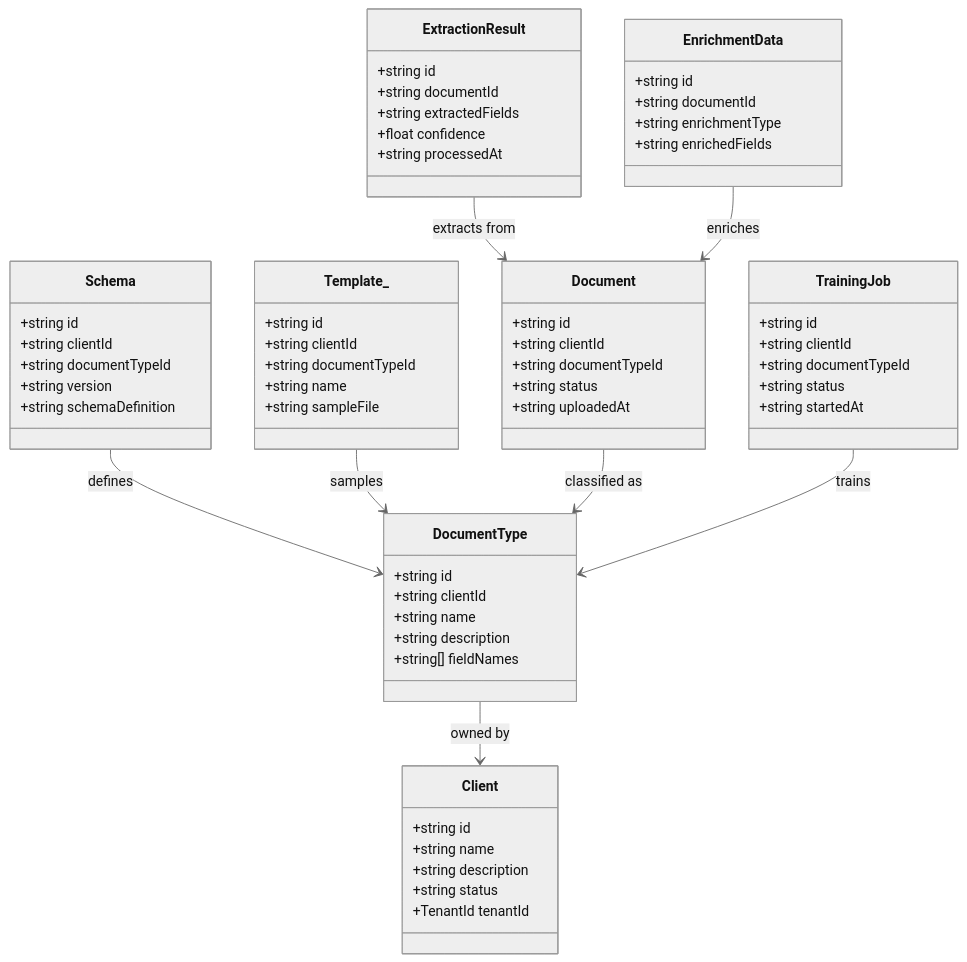
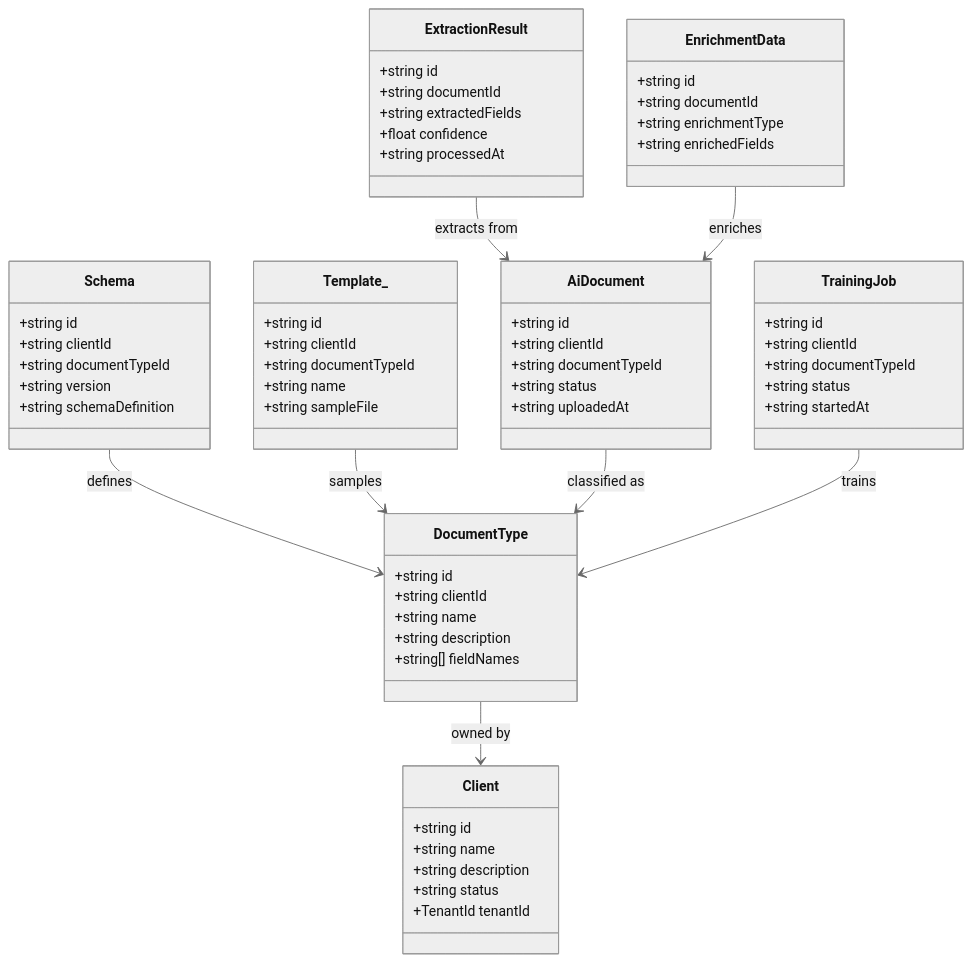
Before and after one commit to UIMSolutions/uim-platform: the first of 3 diagrams in document-ai/docs/uml.md, drawn with Mermaid (neutral theme). The commit also changed other lines of this file and 57 other files, not shown here.

````diff
--- a/document-ai/docs/uml.md
+++ b/document-ai/docs/uml.md
@@ -10,66 +10,66 @@
 ```mermaid
 classDiagram
     class Client {
         +string id
         +string name
         +string description
         +string status
         +TenantId tenantId
     }
     class DocumentType {
         +string id
         +string clientId
         +string name
         +string description
         +string[] fieldNames
     }
     class Schema {
         +string id
         +string clientId
         +string documentTypeId
         +string version
         +string schemaDefinition
     }
     class Template_ {
         +string id
         +string clientId
         +string documentTypeId
         +string name
         +string sampleFile
     }
-    class Document {
+    class AiDocument {
         +string id
         +string clientId
         +string documentTypeId
         +string status
         +string uploadedAt
     }
     class ExtractionResult {
         +string id
         +string documentId
         +string extractedFields
         +float confidence
         +string processedAt
     }
     class TrainingJob {
         +string id
         +string clientId
         +string documentTypeId
         +string status
         +string startedAt
     }
     class EnrichmentData {
         +string id
         +string documentId
         +string enrichmentType
         +string enrichedFields
     }
 
     DocumentType --> Client : owned by
     Schema --> DocumentType : defines
     Template_ --> DocumentType : samples
-    Document --> DocumentType : classified as
-    ExtractionResult --> Document : extracts from
+    AiDocument --> DocumentType : classified as
+    ExtractionResult --> AiDocument : extracts from
     TrainingJob --> DocumentType : trains
-    EnrichmentData --> Document : enriches
+    EnrichmentData --> AiDocument : enriches
 ```
````
